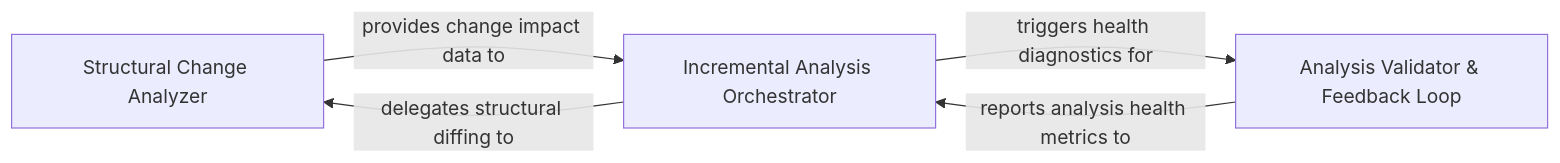
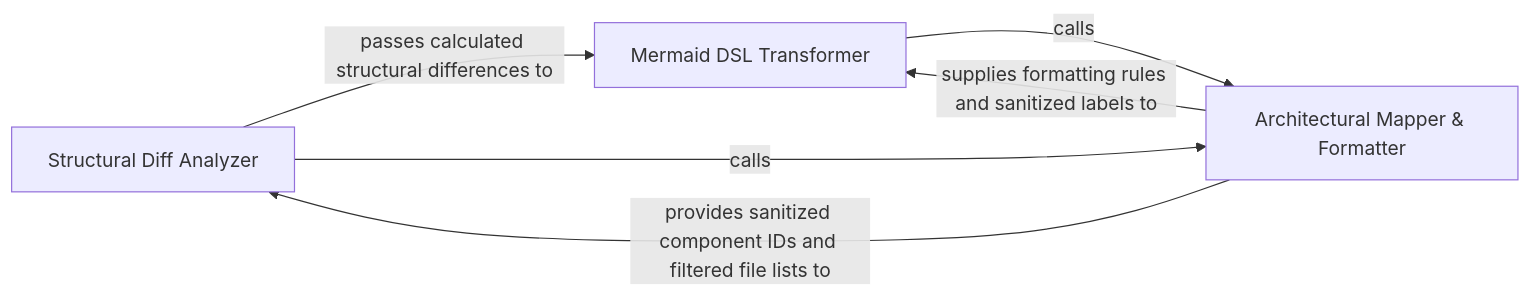
Before and after one commit to CodeBoarding/CodeBoarding-action: the fourth of 5 diagrams in docs/development/architecture.md, drawn with Mermaid. The commit also changed other lines of this file and 12 other files, not shown here.

Commit message:
chore(codeboarding): sync architecture baseline

````diff
--- a/docs/development/architecture.md
+++ b/docs/development/architecture.md
@@ -513,10 +347,11 @@
 ```mermaid
 graph LR
-    Structural_Change_Analyzer["Structural Change Analyzer"]
-    Incremental_Analysis_Orchestrator["Incremental Analysis Orchestrator"]
-    Analysis_Validator_Feedback_Loop["Analysis Validator & Feedback Loop"]
-    Structural_Change_Analyzer -- "provides change impact data to" --> Incremental_Analysis_Orchestrator
-    Incremental_Analysis_Orchestrator -- "triggers health diagnostics for" --> Analysis_Validator_Feedback_Loop
-    Incremental_Analysis_Orchestrator -- "delegates structural diffing to" --> Structural_Change_Analyzer
-    Analysis_Validator_Feedback_Loop -- "reports analysis health metrics to" --> Incremental_Analysis_Orchestrator
+    Structural_Diff_Analyzer["Structural Diff Analyzer"]
+    Mermaid_DSL_Transformer["Mermaid DSL Transformer"]
+    Architectural_Mapper_Formatter["Architectural Mapper & Formatter"]
+    Architectural_Mapper_Formatter -- "provides sanitized component IDs and filtered file lists to" --> Structural_Diff_Analyzer
+    Structural_Diff_Analyzer -- "passes calculated structural differences to" --> Mermaid_DSL_Transformer
+    Architectural_Mapper_Formatter -- "supplies formatting rules and sanitized labels to" --> Mermaid_DSL_Transformer
+    Structural_Diff_Analyzer -- "calls" --> Architectural_Mapper_Formatter
+    Mermaid_DSL_Transformer -- "calls" --> Architectural_Mapper_Formatter
 ```
````
